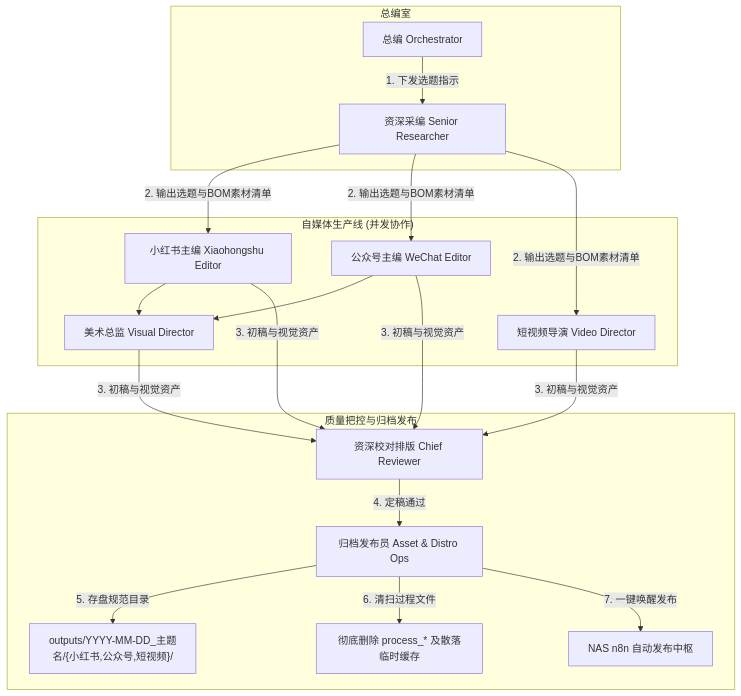
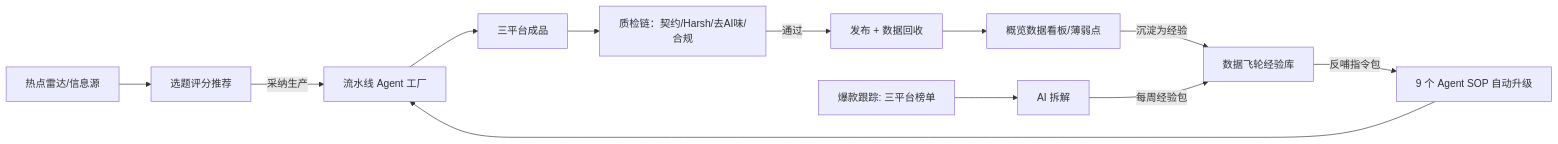
Before and after one commit to hjdiandian1-ops/selfmedia-ops-center: the diagram in README.md, drawn with Mermaid. The commit also changed other lines of this file and 636 other files, not shown here.

````diff
--- a/README.md
+++ b/README.md
@@ -43,22 +210,14 @@
 ```mermaid
-graph TD
-    subgraph Chief_Editor["总编室"]
-        A[总编 Orchestrator] -->|1. 下发选题指示| B[资深采编 Senior Researcher]
-    end
-
-    subgraph Content_Creation["自媒体生产线 (并发协作)"]
-        B -->|2. 输出选题与BOM素材清单| C[小红书主编 Xiaohongshu Editor]
-        B -->|2. 输出选题与BOM素材清单| D[公众号主编 WeChat Editor]
-        B -->|2. 输出选题与BOM素材清单| E[短视频导演 Video Director]
-        
-        C & D --> F[美术总监 Visual Director]
-    end
-
-    subgraph Quality_Control["质量把控与归档发布"]
-        C & D & E & F -->|3. 初稿与视觉资产| G[资深校对排版 Chief Reviewer]
-        G -->|4. 定稿通过| H[归档发布员 Asset & Distro Ops]
-        H -->|5. 存盘规范目录| I["outputs/YYYY-MM-DD_主题名/{小红书,公众号,短视频}/"]
-        H -->|6. 清扫过程文件| J[彻底删除 process_* 及散落临时缓存]
-        H -->|7. 一键唤醒发布| K[NAS n8n 自动发布中枢]
-    end
+flowchart LR
+    A[热点雷达/信息源] --> B[选题评分推荐]
+    B -->|采纳生产| C[流水线 Agent 工厂]
+    C --> D[三平台成品]
+    D --> E[质检链：契约/Harsh/去AI味/合规]
+    E -->|通过| F[发布 + 数据回收]
+    F --> G[概览数据看板/薄弱点]
+    G -->|沉淀为经验| H[数据飞轮经验库]
+    H -->|反哺指令包| I[9 个 Agent SOP 自动升级]
+    I --> C
+    J[爆款跟踪: 三平台榜单] --> K[AI 拆解]
+    K -->|每周经验包| H
 ```
````
